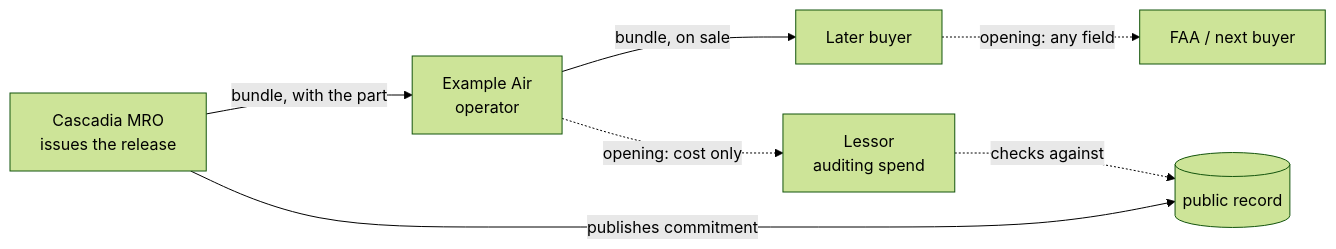
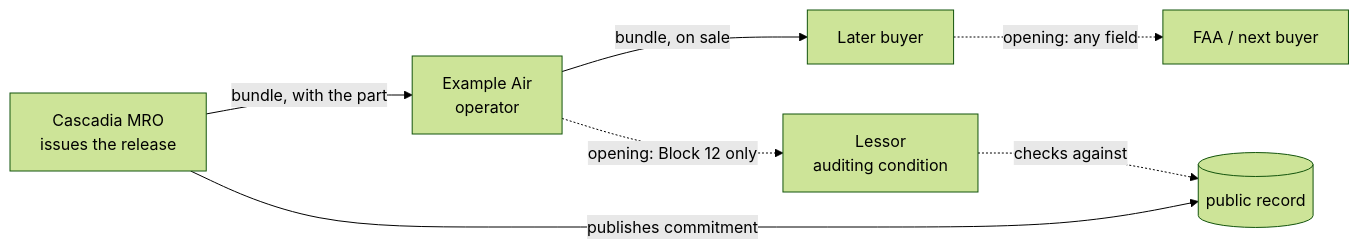
One commit to cldixon/f8130-tracker changed the second of 2 diagrams in docs/commitments.md. Above: the diagram before and after it, drawn with Mermaid (forest theme). The commit also changed other lines of this file and 31 other files, not shown here.

````diff
--- a/docs/commitments.md
+++ b/docs/commitments.md
@@ -341,9 +379,9 @@
 ```mermaid
 flowchart LR
     C["Cascadia MRO<br/>issues the release"] -->|"bundle, with the part"| E["Example Air<br/>operator"]
     E -->|"bundle, on sale"| B["Later buyer"]
     C -->|publishes commitment| R[("public record")]
-    E -.->|"opening: cost only"| L["Lessor<br/>auditing spend"]
+    E -.->|"opening: Block 12 only"| L["Lessor<br/>auditing condition"]
     L -.->|"checks against"| R
     B -.->|"opening: any field"| F["FAA / next buyer"]
 ```
````
